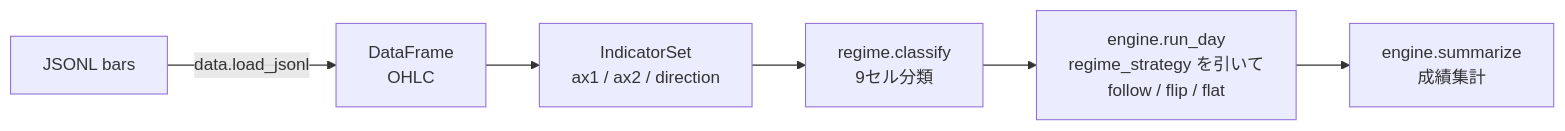
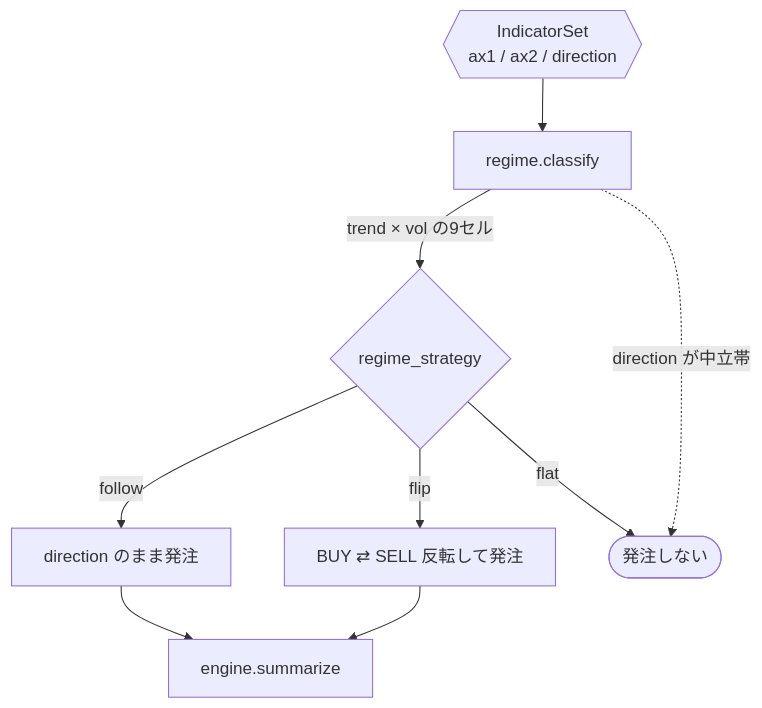
The diagram in README.md (yktsnet/bt-dynamic), drawn with Mermaid before and after one commit. The commit also changed other lines of this file and 1 other file, not shown here.

Commit message:
docs(readme): diagram the regime decision instead of the pipeline
このリポの中核である「9セルを引いて follow / flip / flat を決める」判断が
一直線のパイプライン図の中で1ノードに潰れていたため、主題を差し替える。
向きも TD にして GitHub 上での縮小を避ける。

````diff
--- a/README.md
+++ b/README.md
@@ -41,8 +43,11 @@
 ```mermaid
-flowchart LR
-    A[JSONL bars] -->|data.load_jsonl| B[DataFrame\nOHLC]
-    B --> C["IndicatorSet\nax1 / ax2 / direction"]
-    C --> D["regime.classify\n9セル分類"]
-    D --> E["engine.run_day\nregime_strategy を引いて\nfollow / flip / flat"]
-    E --> F["engine.summarize\n成績集計"]
+flowchart TD
+    IND{{"IndicatorSet<br/>ax1 / ax2 / direction"}} --> CLS["regime.classify"]
+    CLS -->|"trend × vol の9セル"| CELL{"regime_strategy"}
+    CELL -->|"follow"| KEEP["direction のまま発注"]
+    CELL -->|"flip"| REV["BUY ⇄ SELL 反転して発注"]
+    CELL -->|"flat"| NONE(["発注しない"])
+    CLS -.->|"direction が中立帯"| NONE
+    KEEP --> SUM["engine.summarize"]
+    REV --> SUM
 ```
````
